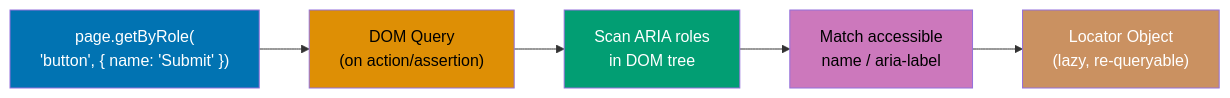
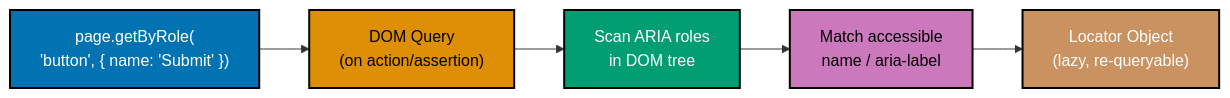
The fourth of 15 diagrams in apps/ayokoding-web/content/en/learn/software-engineering/automation-testing/tools/playwright/by-example/beginner.md (wahidyankf/open-sharia-enterprise), drawn with Mermaid before and after one commit. The commit also changed other lines of this file and 25 other files, not shown here.

````diff
--- a/apps/ayokoding-web/content/en/learn/software-engineering/automation-testing/tools/playwright/by-example/beginner.md
+++ b/apps/ayokoding-web/content/en/learn/software-engineering/automation-testing/tools/playwright/by-example/beginner.md
@@ -208,14 +208,14 @@
 ```mermaid
 %% Color Palette: Blue #0173B2, Orange #DE8F05, Teal #029E73, Purple #CC78BC, Brown #CA9161
 graph LR
     Code["page.getByRole(<br/>'button', { name: 'Submit' })"] --> Query["DOM Query<br/>(on action/assertion)"]
     Query --> ARIA["Scan ARIA roles<br/>in DOM tree"]
     ARIA --> Match["Match accessible<br/>name / aria-label"]
     Match --> Locator["Locator Object<br/>(lazy, re-queryable)"]
 
-    style Code fill:#0173B2,color:#fff
-    style Query fill:#DE8F05,color:#000
-    style ARIA fill:#029E73,color:#fff
-    style Match fill:#CC78BC,color:#000
-    style Locator fill:#CA9161,color:#fff
+    style Code fill:#0173B2,stroke:#000000,stroke-width:2px,color:#fff
+    style Query fill:#DE8F05,stroke:#000000,stroke-width:2px,color:#000
+    style ARIA fill:#029E73,stroke:#000000,stroke-width:2px,color:#fff
+    style Match fill:#CC78BC,stroke:#000000,stroke-width:2px,color:#000
+    style Locator fill:#CA9161,stroke:#000000,stroke-width:2px,color:#fff
 ```
````
